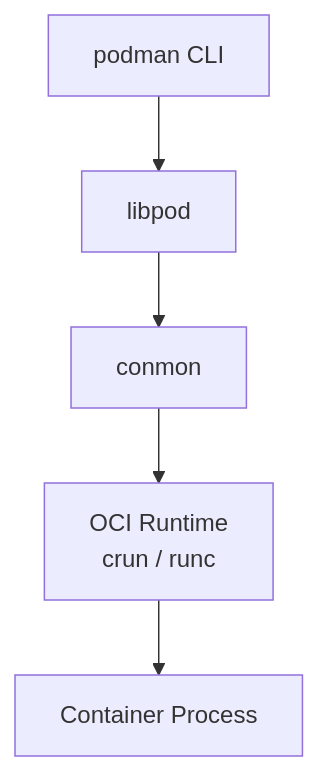
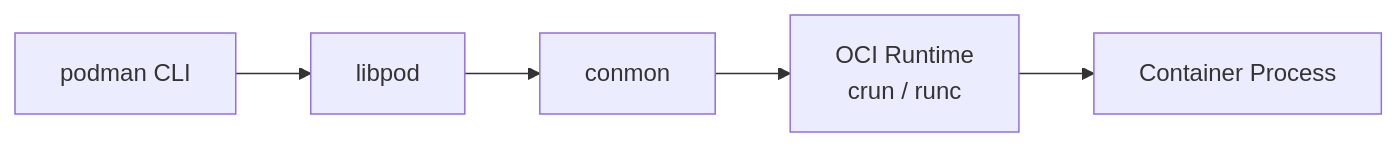
Before and after one commit to hwang-protocol/docker_k8s_2026: the sixth of 8 diagrams in docker/docker_7_other/README.md, drawn with Mermaid. The commit also changed other lines of this file, not shown here.

````diff
--- a/docker/docker_7_other/README.md
+++ b/docker/docker_7_other/README.md
@@ -241,7 +211,7 @@
 ```mermaid
-flowchart TD
+flowchart LR
   A[podman CLI] --> B[libpod]
   B --> C[conmon]
   C --> D[OCI Runtime<br/>crun / runc]
   D --> E[Container Process]
 ```
````
